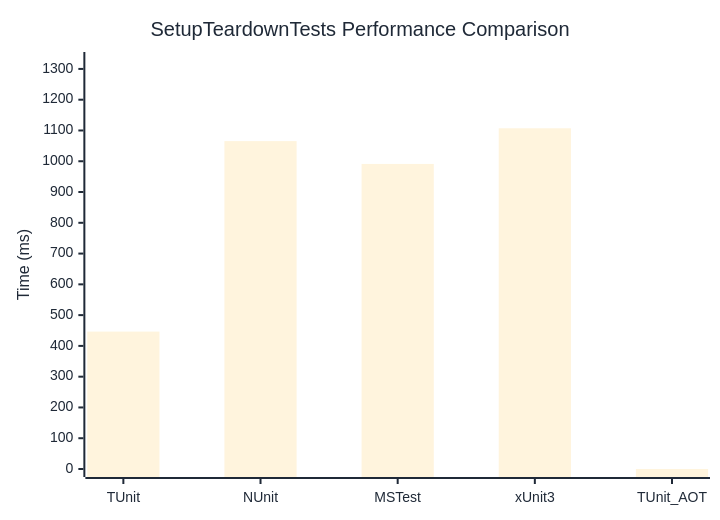
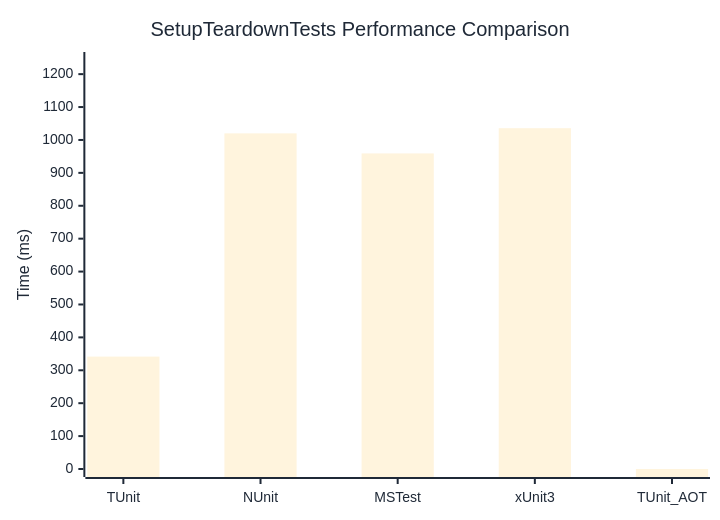
The diagram in docs/docs/benchmarks/SetupTeardownTests.md (thomhurst/TUnit), drawn with Mermaid before and after one commit. The commit also changed other lines of this file and 16 other files, not shown here.

````diff
--- a/docs/docs/benchmarks/SetupTeardownTests.md
+++ b/docs/docs/benchmarks/SetupTeardownTests.md
@@ -27,37 +27,37 @@
 ```mermaid
 %%{init: {
   'theme':'base',
   'themeVariables': {
     'primaryColor': '#2563eb',
     'primaryTextColor': '#1f2937',
     'primaryBorderColor': '#1e40af',
     'lineColor': '#6b7280',
     'secondaryColor': '#7c3aed',
     'tertiaryColor': '#dc2626',
     'background': '#ffffff',
     'mainBkg': '#2563eb',
     'secondBkg': '#7c3aed',
     'tertiaryBkg': '#dc2626',
     'clusterBkg': '#f3f4f6',
     'edgeLabelBackground': '#ffffff',
     'tertiaryTextColor': '#1f2937',
     'pie1': '#2563eb',
     'pie2': '#7c3aed',
     'pie3': '#dc2626',
     'pie4': '#f59e0b',
     'pie5': '#10b981',
     'pie6': '#06b6d4',
     'pie7': '#ec4899',
     'pie8': '#6366f1',
     'pie9': '#84cc16',
     'pie10': '#f97316',
     'pie11': '#14b8a6',
     'pie12': '#a855f7'
   }
 }}%%
 xychart-beta
   title "SetupTeardownTests Performance Comparison"
   x-axis ["TUnit", "NUnit", "MSTest", "xUnit3", "TUnit_AOT"]
-  y-axis "Time (ms)" 0 --> 1329
-  bar [446.5, 1065.5, 991.3, 1107.1, 0]
+  y-axis "Time (ms)" 0 --> 1243
+  bar [341.6, 1020, 959.1, 1035.8, 0]
 ```
````
